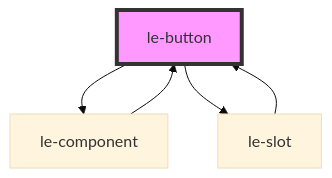
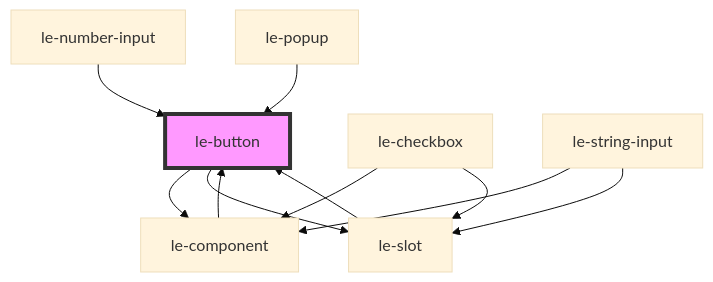
The diagram in src/components/le-button/readme.md (leechy/le-kit), drawn with Mermaid (base theme) before and after one commit. The commit also changed other lines of this file and 30 other files, not shown here.

````diff
--- a/src/components/le-button/readme.md
+++ b/src/components/le-button/readme.md
@@ -135,8 +138,14 @@
 ```mermaid
 graph TD;
   le-button --> le-component
   le-button --> le-slot
   le-component --> le-button
+  le-checkbox --> le-component
+  le-checkbox --> le-slot
   le-slot --> le-button
+  le-string-input --> le-component
+  le-string-input --> le-slot
+  le-number-input --> le-button
+  le-popup --> le-button
   style le-button fill:#f9f,stroke:#333,stroke-width:4px
 ```
````
